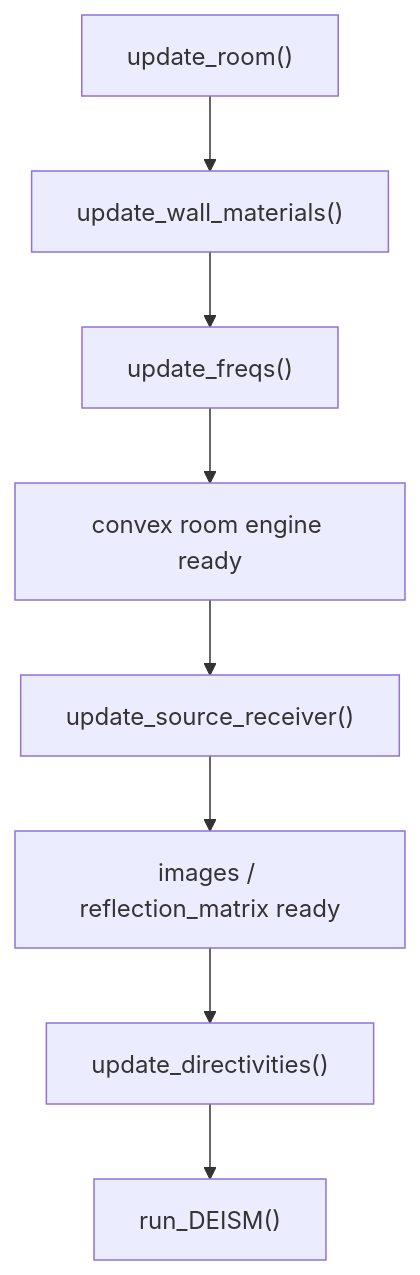
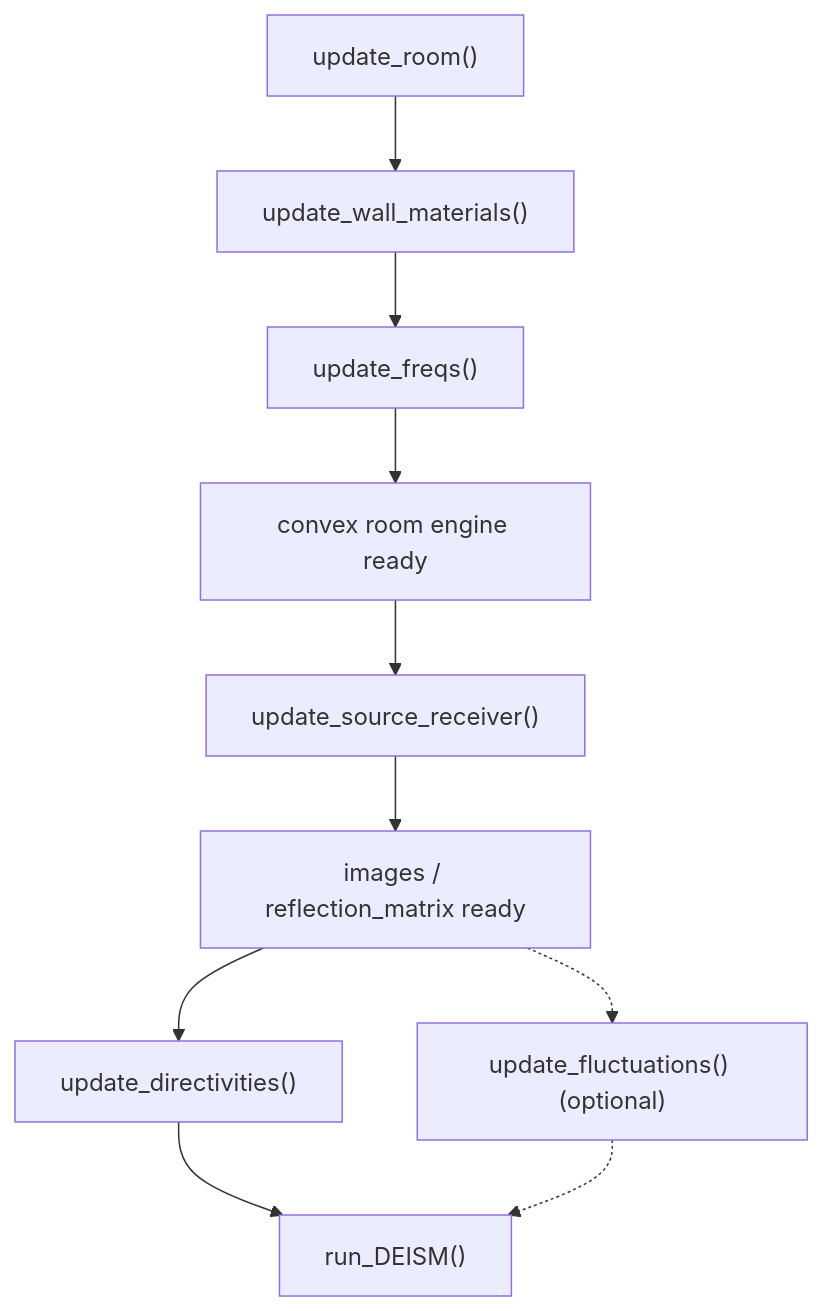
Before and after one commit to audiolabs/DEISM: the second of 3 diagrams in docs/parameter_dependencies.rst, drawn with Mermaid. The commit also changed other lines of this file and 16 other files, not shown here.

```diff
--- a/docs/parameter_dependencies.rst
+++ b/docs/parameter_dependencies.rst
@@ -106,10 +112,12 @@
 .. mermaid::
 
    flowchart TD
        A["update_room()"] --> B["update_wall_materials()"]
        B --> C["update_freqs()"]
        C --> D["convex room engine ready"]
        D --> E["update_source_receiver()"]
        E --> F["images / reflection_matrix ready"]
        F --> G["update_directivities()"]
        G --> H["run_DEISM()"]
+       F -.-> I["update_fluctuations() (optional)"]
+       I -.-> H
```
